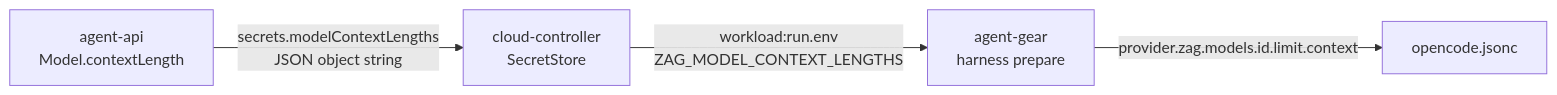
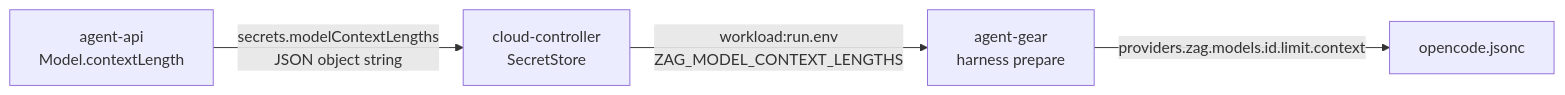
The diagram in docs/engineering/proposals/20261025-fix-opencode-model-context-length.md (Deliay/z-agent-gear), drawn with Mermaid before and after one commit. The commit also changed other lines of this file and 9 other files, not shown here.

First line of the commit message:
fix(agent-controller): opencode 配置修正为 v2 形态 providers.zag（package/settings）

````diff
--- a/docs/engineering/proposals/20261025-fix-opencode-model-context-length.md
+++ b/docs/engineering/proposals/20261025-fix-opencode-model-context-length.md
@@ -37,6 +41,6 @@
 ```mermaid
 flowchart LR
     A[agent-api<br/>Model.contextLength] -->|secrets.modelContextLengths<br/>JSON object string| B[cloud-controller<br/>SecretStore]
     B -->|workload:run.env<br/>ZAG_MODEL_CONTEXT_LENGTHS| C[agent-gear<br/>harness prepare]
-    C -->|provider.zag.models.id.limit.context| D[opencode.jsonc]
+    C -->|providers.zag.models.id.limit.context| D[opencode.jsonc]
 ```
````
